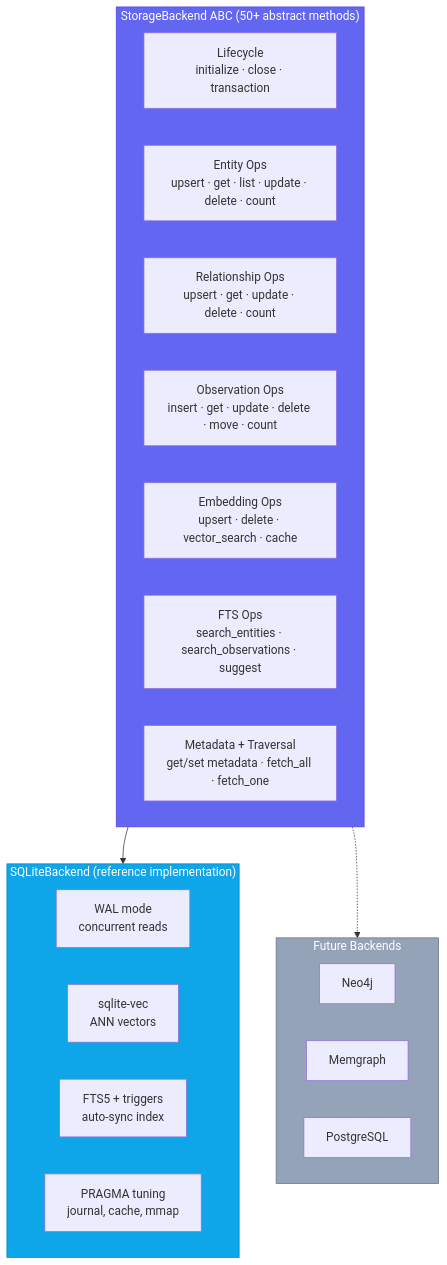
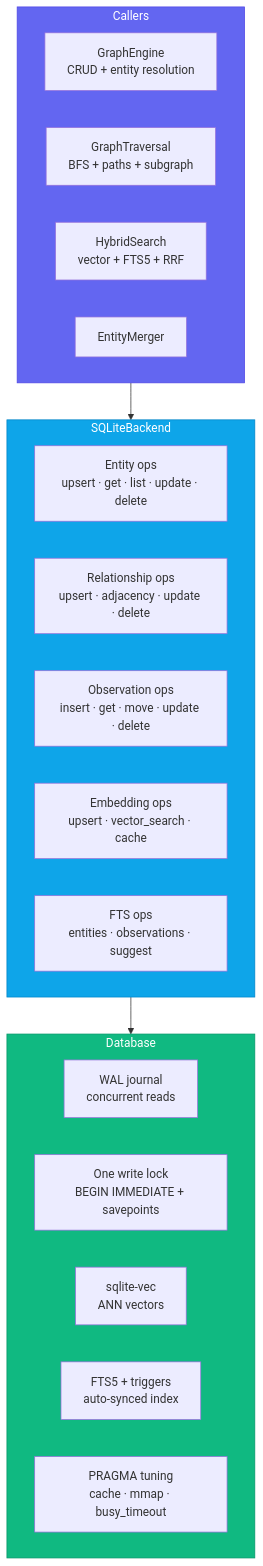
The seventh of 10 diagrams in how-it-works.md (Sathvik-1007/GraphMem-MCP), drawn with Mermaid before and after one commit. The commit also changed other lines of this file and 5 other files, not shown here.

````diff
--- a/how-it-works.md
+++ b/how-it-works.md
@@ -254,33 +270,32 @@
 ```mermaid
 graph TB
-    subgraph ABC["StorageBackend ABC (50+ abstract methods)"]
-        direction LR
-        Life["Lifecycle<br/>initialize · close · transaction"]
-        EntOps["Entity Ops<br/>upsert · get · list · update · delete · count"]
-        RelOps["Relationship Ops<br/>upsert · get · update · delete · count"]
-        ObsOps["Observation Ops<br/>insert · get · update · delete · move · count"]
-        EmbOps["Embedding Ops<br/>upsert · delete · vector_search · cache"]
-        FTSOps["FTS Ops<br/>search_entities · search_observations · suggest"]
-        Meta["Metadata + Traversal<br/>get/set metadata · fetch_all · fetch_one"]
+    subgraph Callers["Callers"]
+        GE["GraphEngine<br/>CRUD + entity resolution"]
+        GT["GraphTraversal<br/>BFS + paths + subgraph"]
+        HS["HybridSearch<br/>vector + FTS5 + RRF"]
+        EM["EntityMerger"]
     end
 
-    subgraph SQLite["SQLiteBackend (reference implementation)"]
-        WAL["WAL mode<br/>concurrent reads"]
-        VEC2["sqlite-vec<br/>ANN vectors"]
-        FTS2["FTS5 + triggers<br/>auto-sync index"]
-        PRAGMA["PRAGMA tuning<br/>journal, cache, mmap"]
+    subgraph Backend["SQLiteBackend"]
+        Ent["Entity ops<br/>upsert · get · list · update · delete"]
+        Rel["Relationship ops<br/>upsert · adjacency · update · delete"]
+        Obs["Observation ops<br/>insert · get · move · update · delete"]
+        Emb["Embedding ops<br/>upsert · vector_search · cache"]
+        Fts["FTS ops<br/>entities · observations · suggest"]
     end
 
-    subgraph Future["Future Backends"]
-        Neo4j["Neo4j"]
-        Memgraph["Memgraph"]
-        PG["PostgreSQL"]
+    subgraph Conn["Database"]
+        WAL["WAL journal<br/>concurrent reads"]
+        Lock["One write lock<br/>BEGIN IMMEDIATE + savepoints"]
+        VEC2["sqlite-vec<br/>ANN vectors"]
+        FTS2["FTS5 + triggers<br/>auto-synced index"]
+        PRAGMA["PRAGMA tuning<br/>cache · mmap · busy_timeout"]
     end
 
-    ABC --> SQLite
-    ABC -.-> Future
+    Callers --> Backend
+    Backend --> Conn
 
-    style ABC fill:#6366f1,stroke:#4f46e5,color:#fff
-    style SQLite fill:#0ea5e9,stroke:#0284c7,color:#fff
-    style Future fill:#94a3b8,stroke:#64748b,color:#fff
+    style Callers fill:#6366f1,stroke:#4f46e5,color:#fff
+    style Backend fill:#0ea5e9,stroke:#0284c7,color:#fff
+    style Conn fill:#10b981,stroke:#059669,color:#fff
 ```
````
